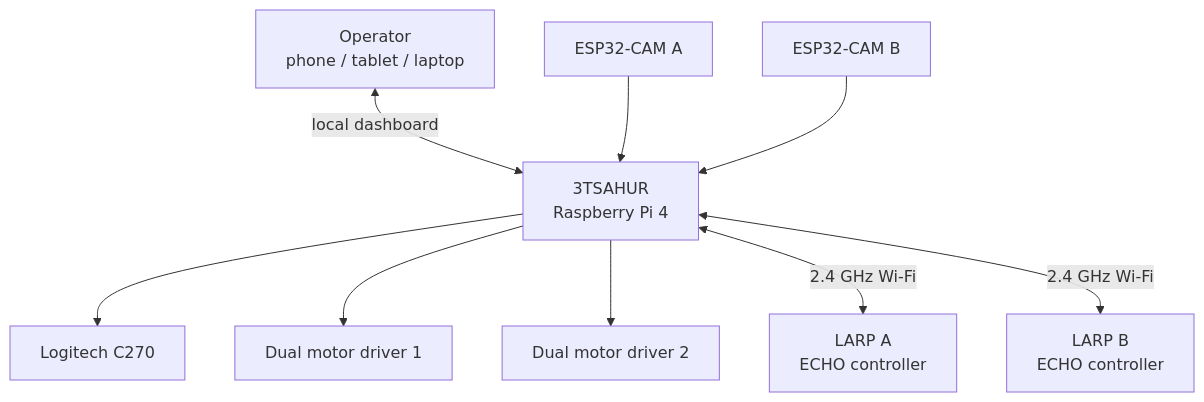
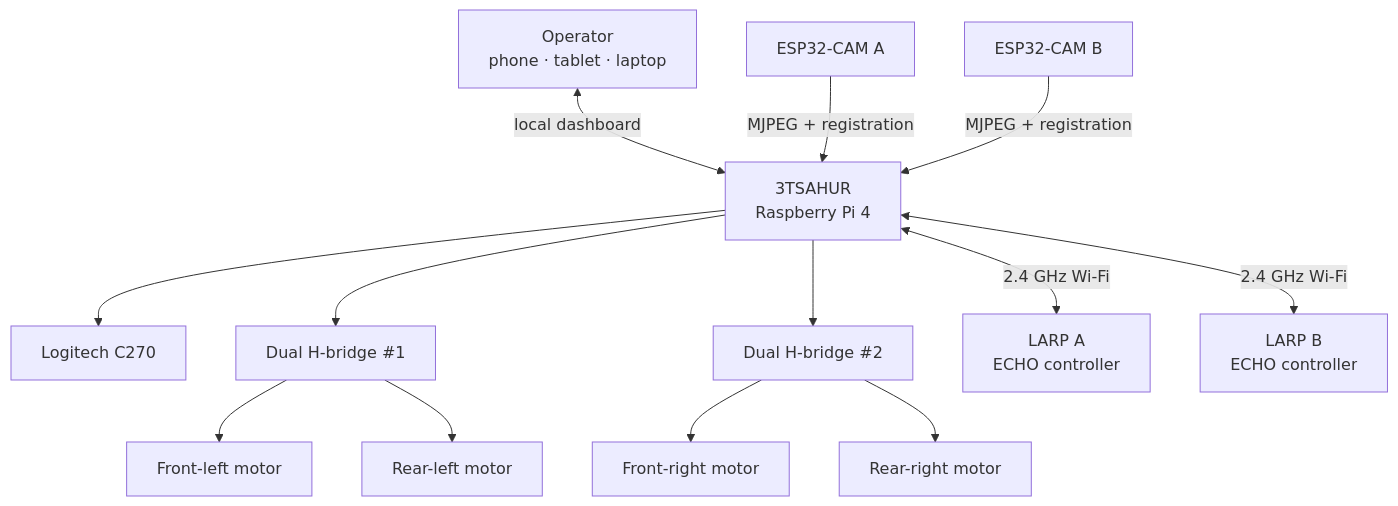
The second of 12 diagrams in README.md (william-thompsonthe1st/STEM-Research-Academy), drawn with Mermaid before and after one commit. The commit also changed other lines of this file, not shown here.

````diff
--- a/README.md
+++ b/README.md
@@ -32,11 +45,15 @@
 ```mermaid
 flowchart TB
-    USER["Operator<br/>phone / tablet / laptop"] <-->|"local dashboard"| HUB["3TSAHUR<br/>Raspberry Pi 4"]
+    USER["Operator<br/>phone · tablet · laptop"] <-->|"local dashboard"| HUB["3TSAHUR<br/>Raspberry Pi 4"]
     HUB --> C270["Logitech C270"]
-    HUB --> D1["Dual motor driver 1"]
-    HUB --> D2["Dual motor driver 2"]
-    HUB <-->|"2.4 GHz Wi-Fi"| LA["LARP A<br/>ECHO controller"]
-    HUB <-->|"2.4 GHz Wi-Fi"| LB["LARP B<br/>ECHO controller"]
-    CA["ESP32-CAM A"] --> HUB
-    CB["ESP32-CAM B"] --> HUB
+    HUB --> MD1["Dual H-bridge #1"]
+    HUB --> MD2["Dual H-bridge #2"]
+    MD1 --> FL["Front-left motor"]
+    MD1 --> RL["Rear-left motor"]
+    MD2 --> FR["Front-right motor"]
+    MD2 --> RR["Rear-right motor"]
+    HUB <-->|"2.4 GHz Wi-Fi"| EA["LARP A<br/>ECHO controller"]
+    HUB <-->|"2.4 GHz Wi-Fi"| EB["LARP B<br/>ECHO controller"]
+    CA["ESP32-CAM A"] -->|"MJPEG + registration"| HUB
+    CB["ESP32-CAM B"] -->|"MJPEG + registration"| HUB
 ```
````
